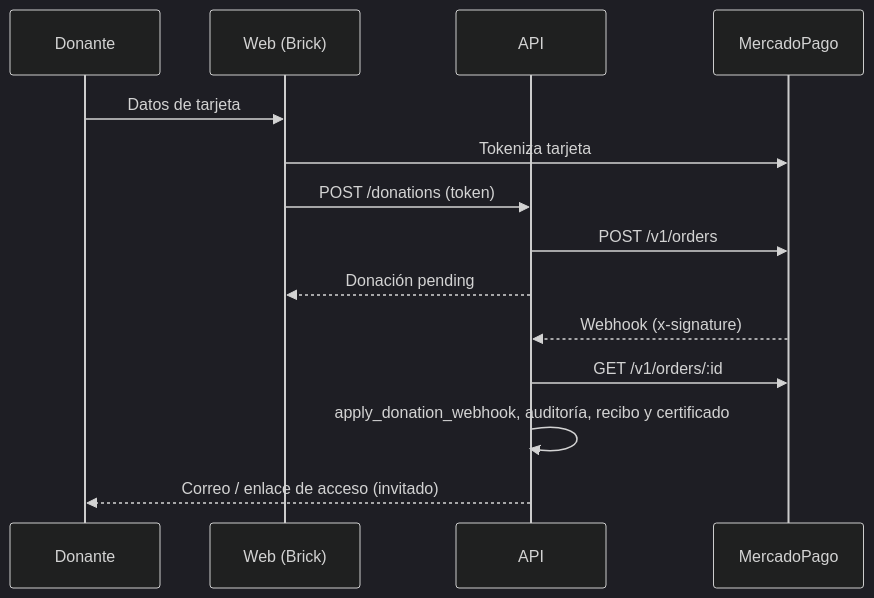
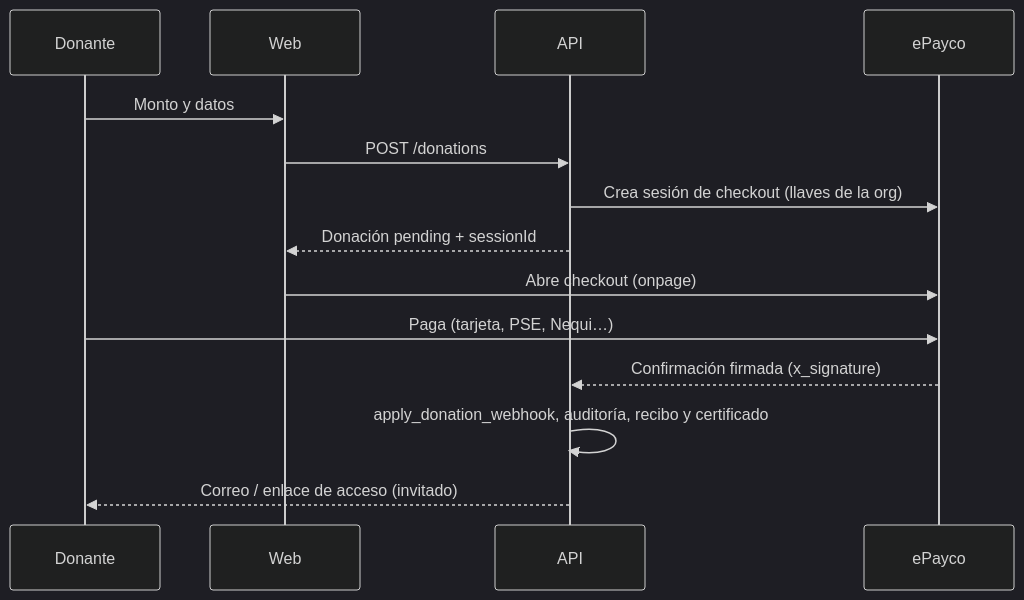
One commit to AGamez10/AdoptaFacil changed the third of 3 diagrams in docs/ARQUITECTURA.md. Above: the diagram before and after it, drawn with Mermaid (dark theme). The commit also changed other lines of this file and 83 other files, not shown here.

First line of the commit message:
feat(payments): retira mercado pago y elimina sus tokens guardados

````diff
--- a/docs/ARQUITECTURA.md
+++ b/docs/ARQUITECTURA.md
@@ -188,16 +188,16 @@
 ```mermaid
 sequenceDiagram
   participant U as Donante
-  participant W as Web (Brick)
+  participant W as Web
   participant A as API
-  participant M as MercadoPago
-  U->>W: Datos de tarjeta
-  W->>M: Tokeniza tarjeta
-  W->>A: POST /donations (token)
-  A->>M: POST /v1/orders
-  A-->>W: Donación pending
-  M-->>A: Webhook (x-signature)
-  A->>M: GET /v1/orders/:id
+  participant M as ePayco
+  U->>W: Monto y datos
+  W->>A: POST /donations
+  A->>M: Crea sesión de checkout (llaves de la org)
+  A-->>W: Donación pending + sessionId
+  W->>M: Abre checkout (onpage)
+  U->>M: Paga (tarjeta, PSE, Nequi…)
+  M-->>A: Confirmación firmada (x_signature)
   A->>A: apply_donation_webhook, auditoría, recibo y certificado
   A-->>U: Correo / enlace de acceso (invitado)
 ```
````
